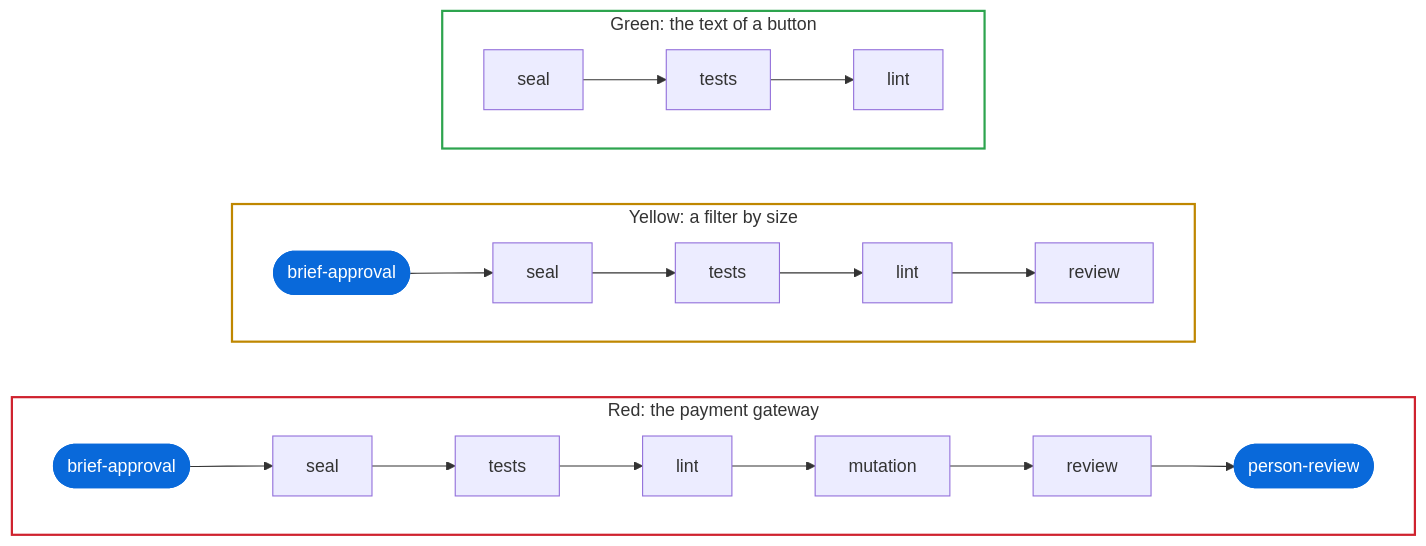
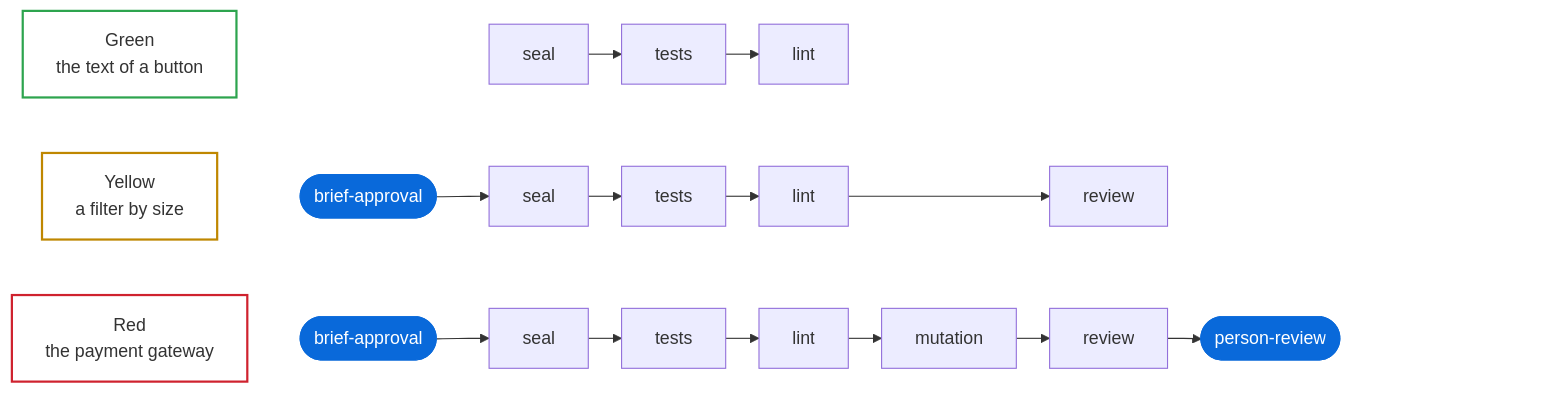
The third of 4 diagrams in skills/README.md (MarsGotta/gdd), drawn with Mermaid before and after one commit. The commit also changed other lines of this file and 1 other file, not shown here.

Commit message:
Keep the diagrams clear of GitHub's zoom buttons
GitHub draws its zoom buttons over the right side of every Mermaid
diagram, and they covered the last node of four of the five. The three
diagrams that run in a row now end in an empty node that keeps that side
free, and the sequence diagram gets wider margins. The one about colors
is now a grid, with each check in its own column, so a color that
doesn't ask for a check leaves a gap where it would be.

````diff
--- a/skills/README.md
+++ b/skills/README.md
@@ -185,23 +190,18 @@
 ```mermaid
-flowchart TB
+%%{init: {"flowchart": {"rankSpacing": 30}}}%%
+flowchart LR
     accTitle: What each color asks for, in the blueprint's template
     accDescr: Green asks for the seal, the tests and the linter. Yellow adds your approval of the brief before anyone builds, and a reviewer. Red adds mutation testing and your review of the change at the end.
-    subgraph G["Green: the text of a button"]
-        direction LR
-        g1["seal"] --> g2["tests"] --> g3["lint"]
-    end
-    subgraph Y["Yellow: a filter by size"]
-        direction LR
-        y0(["brief-approval"]) --> y1["seal"] --> y2["tests"] --> y3["lint"] --> y4["review"]
-    end
-    subgraph R["Red: the payment gateway"]
-        direction LR
-        r0(["brief-approval"]) --> r1["seal"] --> r2["tests"] --> r3["lint"] --> r4["mutation"] --> r5["review"] --> r6(["person-review"])
-    end
-    G ~~~ Y ~~~ R
+    G["Green<br/>the text of a button"] ~~~ g0["brief-approval"] ~~~ g1["seal"] --> g2["tests"] --> g3["lint"]
+    Y["Yellow<br/>a filter by size"] ~~~ y0(["brief-approval"]) --> y1["seal"] --> y2["tests"] --> y3["lint"] ---> y5["review"]
+    R["Red<br/>the payment gateway"] ~~~ r0(["brief-approval"]) --> r1["seal"] --> r2["tests"] --> r3["lint"] --> r4["mutation"] --> r5["review"] --> r6(["person-review"])
+    %% Two empty nodes: g0 lines Green's checks up with the others, Z keeps the right side free for GitHub's zoom buttons
+    r6 ~~~ Z["zoom buttons"]
     classDef you fill:#0969da,stroke:#0969da,color:#ffffff
+    classDef room fill:none,stroke:none,color:transparent
     class y0,r0,r6 you
+    class g0,Z room
     style G fill:none,stroke:#2da44e,stroke-width:2px
     style Y fill:none,stroke:#bf8700,stroke-width:2px
     style R fill:none,stroke:#cf222e,stroke-width:2px
 ```
````
